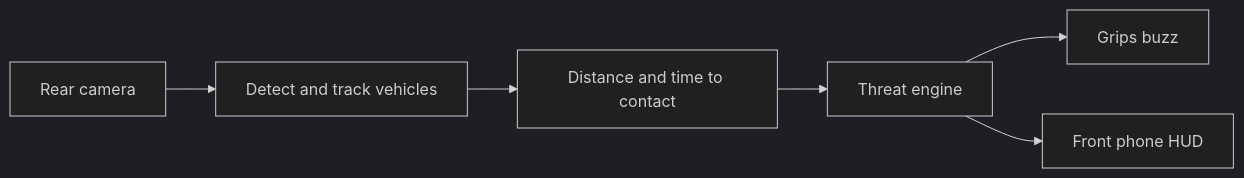
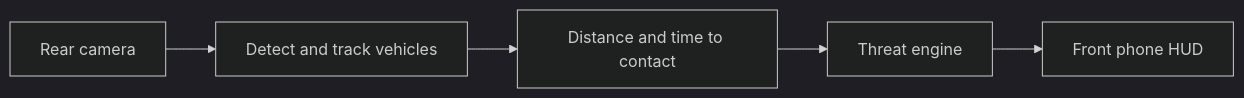
Before and after one commit to mdadfarr/4sight: the diagram in README.md, drawn with Mermaid (dark theme). The commit also changed other lines of this file and 11 other files, not shown here.

````diff
--- a/README.md
+++ b/README.md
@@ -24,8 +23,7 @@
 ```mermaid
 flowchart LR
   A[Rear camera] --> B[Detect and track vehicles]
   B --> C[Distance and time to contact]
   C --> D[Threat engine]
-  D --> E[Grips buzz]
   D --> F[Front phone HUD]
 ```
````
